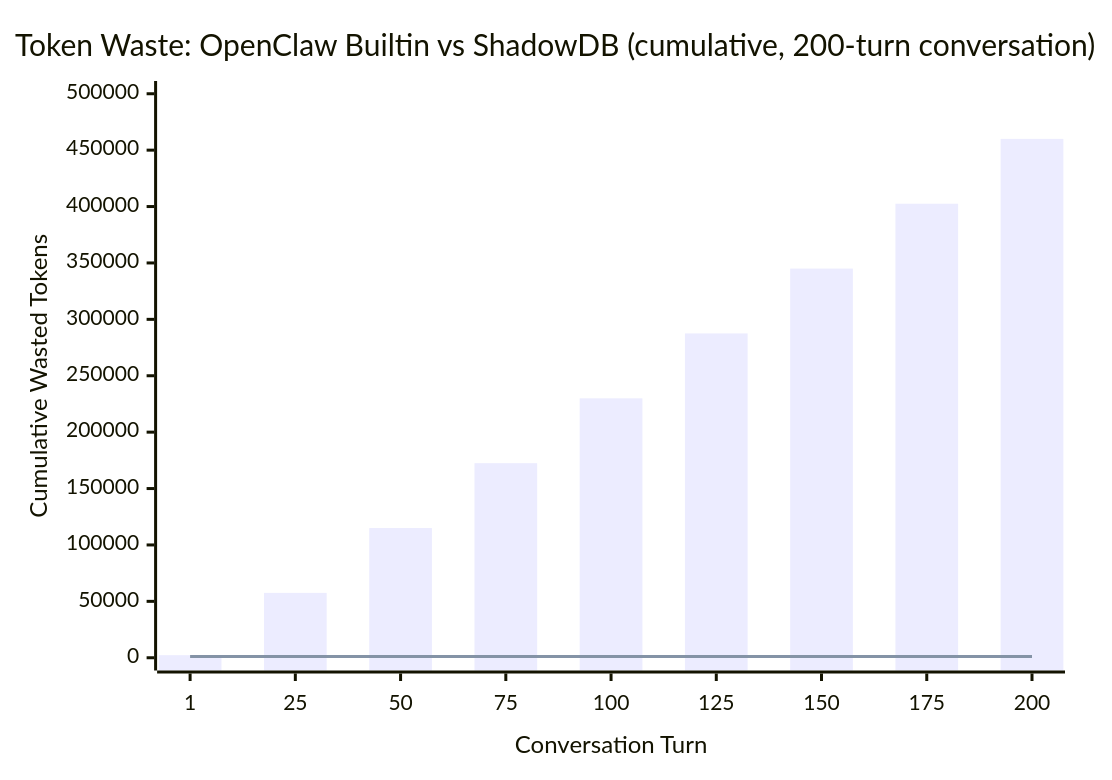
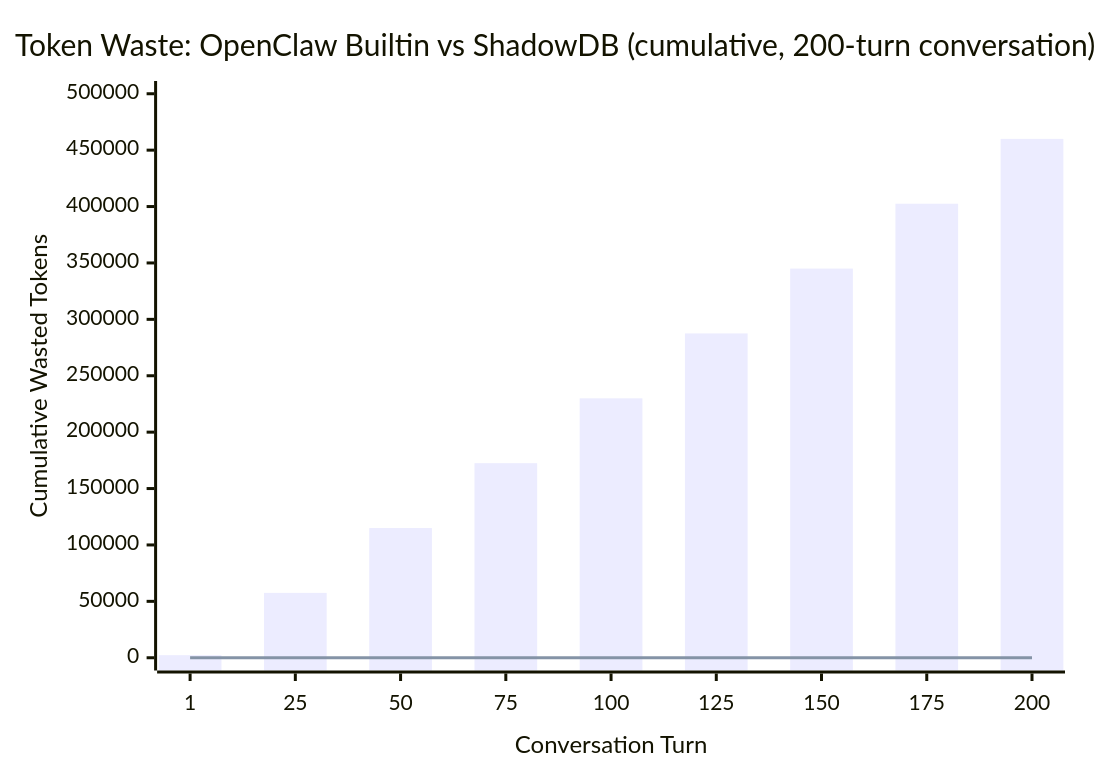
One commit to jamesdwilson/Sh4d0wDB changed the first of 2 diagrams in README.md. Above: the diagram before and after it, drawn with Mermaid. The commit also changed other lines of this file and 1 other file, not shown here.

````diff
--- a/README.md
+++ b/README.md
@@ -243,8 +243,8 @@
 ```mermaid
 xychart-beta
     title "Token Waste: OpenClaw Builtin vs ShadowDB (cumulative, 200-turn conversation)"
     x-axis "Conversation Turn" [1, 25, 50, 75, 100, 125, 150, 175, 200]
     y-axis "Cumulative Wasted Tokens" 0 --> 500000
     bar [2300, 57500, 115000, 172500, 230000, 287500, 345000, 402500, 460000]
-    line [1000, 1000, 1000, 1000, 1000, 1000, 1000, 1000, 1000]
+    line [0, 0, 0, 0, 0, 0, 0, 0, 0]
 ```
````
